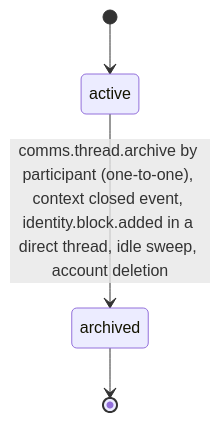
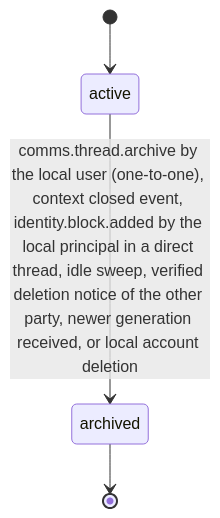
Before and after one commit to djshellshoxxx/CLASSifiedisRUPTed: the first of 2 diagrams in 08_Communications/01_messaging/mod_threads/workflow_state_machine.md, drawn with Mermaid. The commit also changed other lines of this file and 343 other files, not shown here.

````diff
--- a/08_Communications/01_messaging/mod_threads/workflow_state_machine.md
+++ b/08_Communications/01_messaging/mod_threads/workflow_state_machine.md
@@ -23,6 +24,6 @@
 ```mermaid
 stateDiagram-v2
   [*] --> active
-  active --> archived: comms.thread.archive by participant (one-to-one), context closed event, identity.block.added in a direct thread, idle sweep, account deletion
+  active --> archived: comms.thread.archive by the local user (one-to-one), context closed event, identity.block.added by the local principal in a direct thread, idle sweep, verified deletion notice of the other party, newer generation received, or local account deletion
   archived --> [*]
 ```
````
